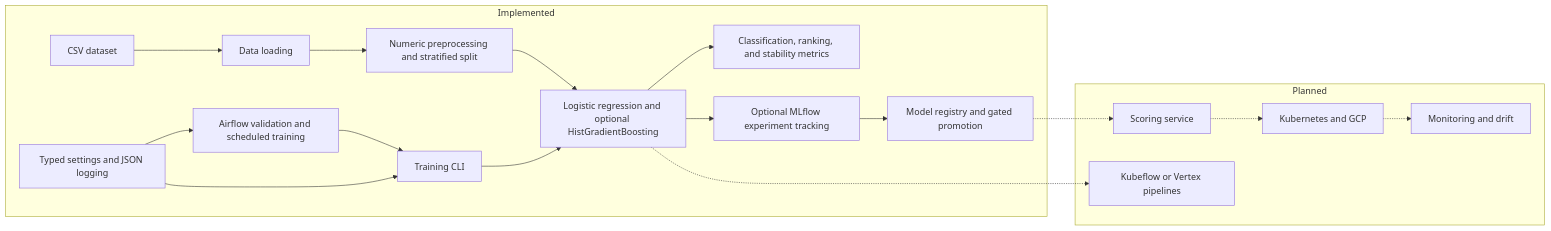
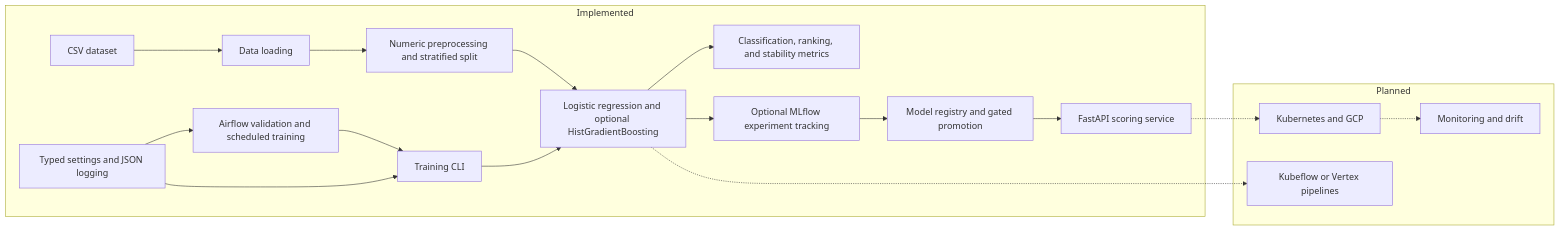
One commit to jakos/credit-scoring changed the diagram in README.md. Above: the diagram before and after it, drawn with Mermaid. The commit also changed other lines of this file and 23 other files, not shown here.

First line of the commit message:
feat: serve the champion model through a FastAPI scoring service

````diff
--- a/README.md
+++ b/README.md
@@ -14,25 +14,24 @@
 ```mermaid
 flowchart LR
     subgraph current[Implemented]
         CSV[CSV dataset] --> Data[Data loading]
         Data --> Features[Numeric preprocessing and stratified split]
         Features --> Train[Logistic regression and optional HistGradientBoosting]
         Train --> Eval[Classification, ranking, and stability metrics]
         CLI[Training CLI] --> Train
         Airflow[Airflow validation and scheduled training] --> CLI
         Train --> MLflow[Optional MLflow experiment tracking]
         MLflow --> Registry[Model registry and gated promotion]
+        Registry --> API[FastAPI scoring service]
         Settings[Typed settings and JSON logging] --> CLI
         Settings --> Airflow
     end
     subgraph future[Planned]
-        API[Scoring service]
         Cloud[Kubernetes and GCP]
         Pipelines[Kubeflow or Vertex pipelines]
         Monitor[Monitoring and drift]
     end
-    Registry -.-> API
     API -.-> Cloud
     Cloud -.-> Monitor
     Train -.-> Pipelines
 ```
````
